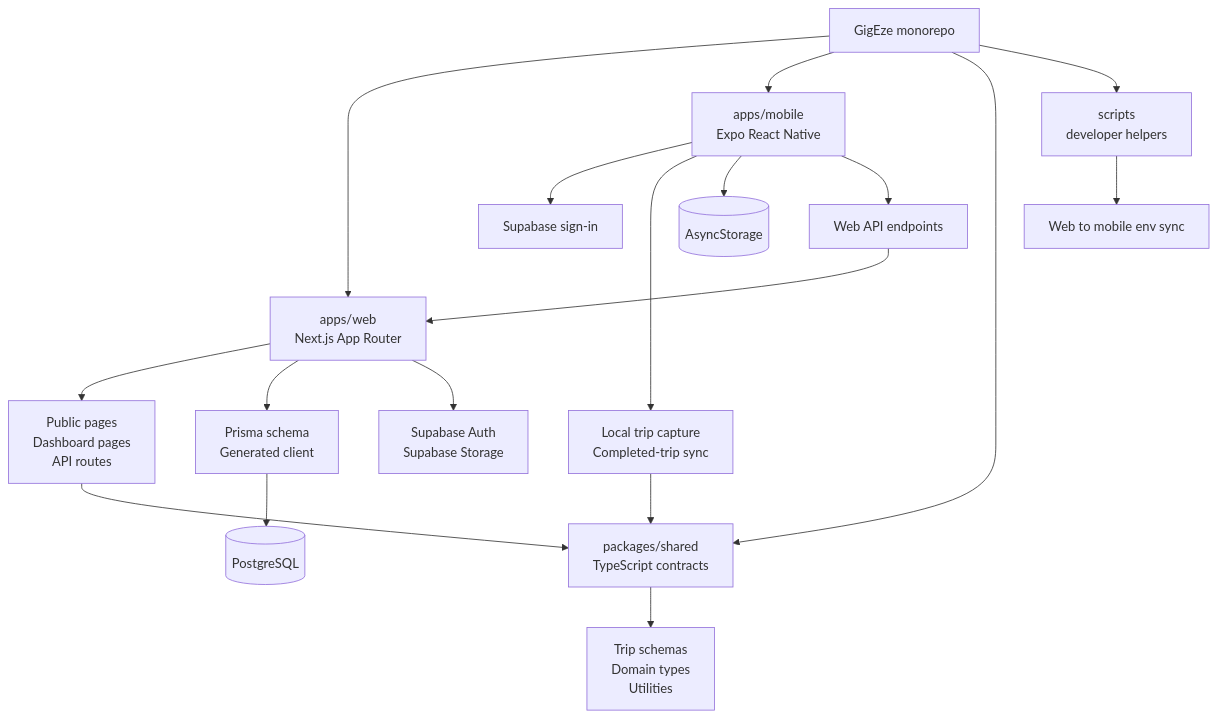
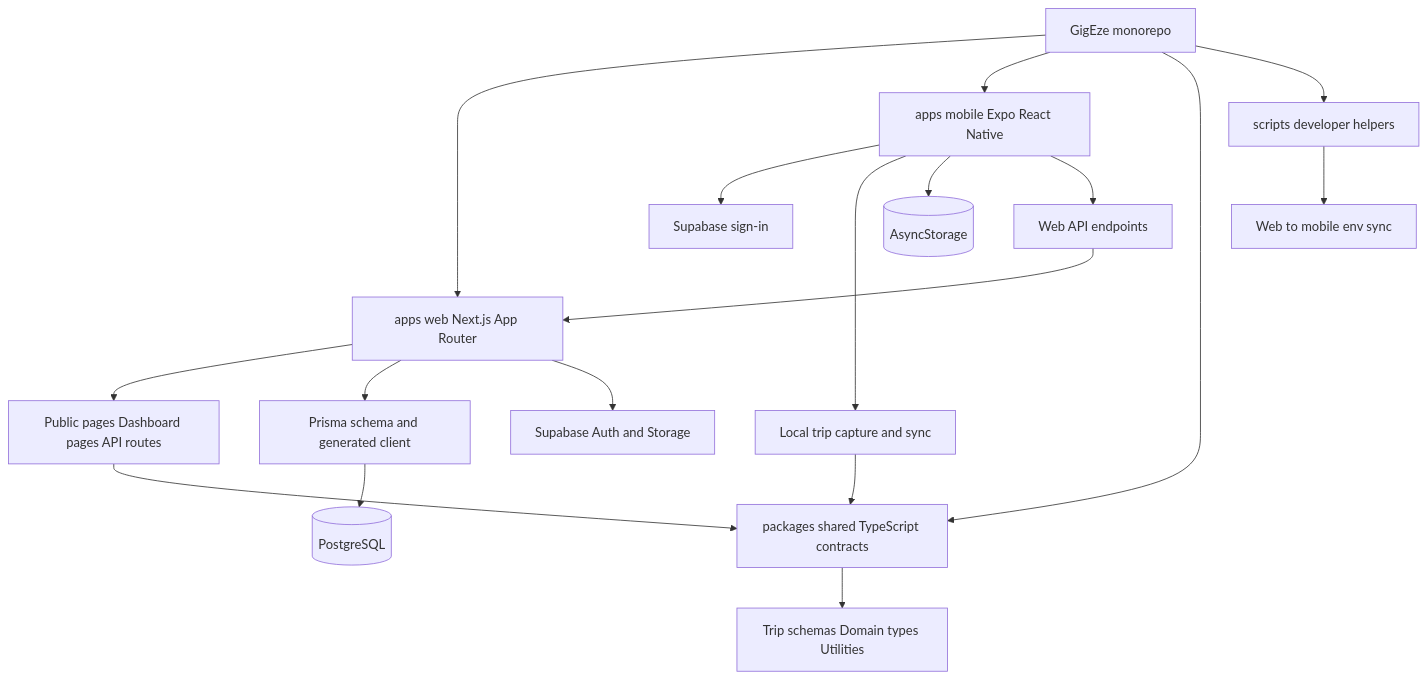
The diagram in docs/architecture-overview.md (brunsdon/gigeze-app), drawn with Mermaid before and after one commit. The commit also changed 1 other file, not shown here.

Commit message:
fix: improve diagram labels and descriptions for clarity in documentation

````diff
--- a/docs/architecture-overview.md
+++ b/docs/architecture-overview.md
@@ -5,26 +5,26 @@
 ```mermaid
 flowchart TD
   repo["GigEze monorepo"]
 
-  repo --> web["apps/web<br/>Next.js App Router"]
-  repo --> mobile["apps/mobile<br/>Expo React Native"]
-  repo --> shared["packages/shared<br/>TypeScript contracts"]
-  repo --> scripts["scripts<br/>developer helpers"]
+  repo --> web["apps web Next.js App Router"]
+  repo --> mobile["apps mobile Expo React Native"]
+  repo --> shared["packages shared TypeScript contracts"]
+  repo --> scripts["scripts developer helpers"]
 
-  web --> appRoutes["Public pages<br/>Dashboard pages<br/>API routes"]
-  web --> prisma["Prisma schema<br/>Generated client"]
+  web --> appRoutes["Public pages Dashboard pages API routes"]
+  web --> prisma["Prisma schema and generated client"]
   prisma --> postgres[("PostgreSQL")]
-  web --> supabase["Supabase Auth<br/>Supabase Storage"]
+  web --> supabase["Supabase Auth and Storage"]
 
   mobile --> auth["Supabase sign-in"]
-  mobile --> trips["Local trip capture<br/>Completed-trip sync"]
+  mobile --> trips["Local trip capture and sync"]
   mobile --> storage[("AsyncStorage")]
   mobile --> api["Web API endpoints"]
 
-  shared --> contracts["Trip schemas<br/>Domain types<br/>Utilities"]
+  shared --> contracts["Trip schemas Domain types Utilities"]
 
   appRoutes --> shared
   trips --> shared
   api --> web
   scripts --> envSync["Web to mobile env sync"]
 ```
````
